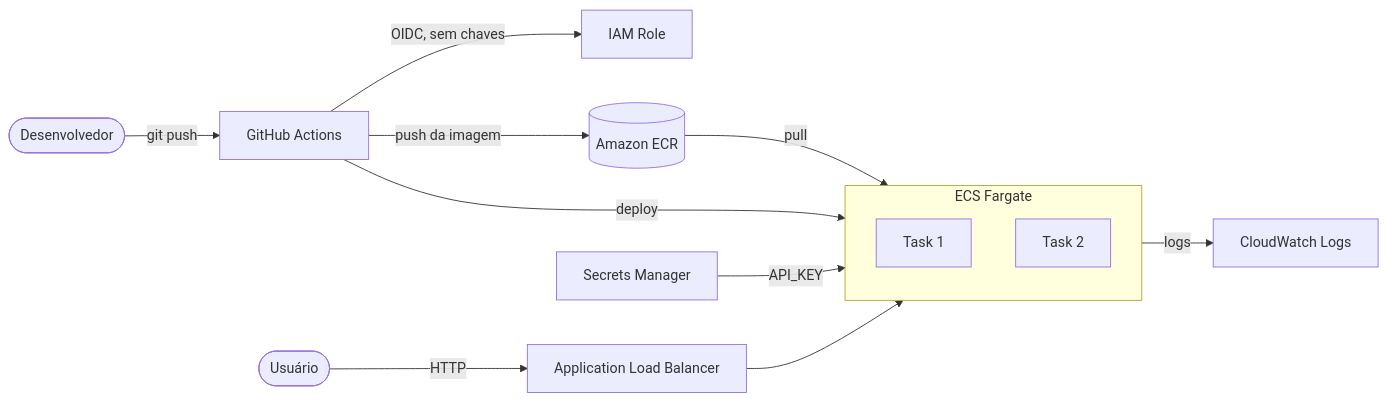
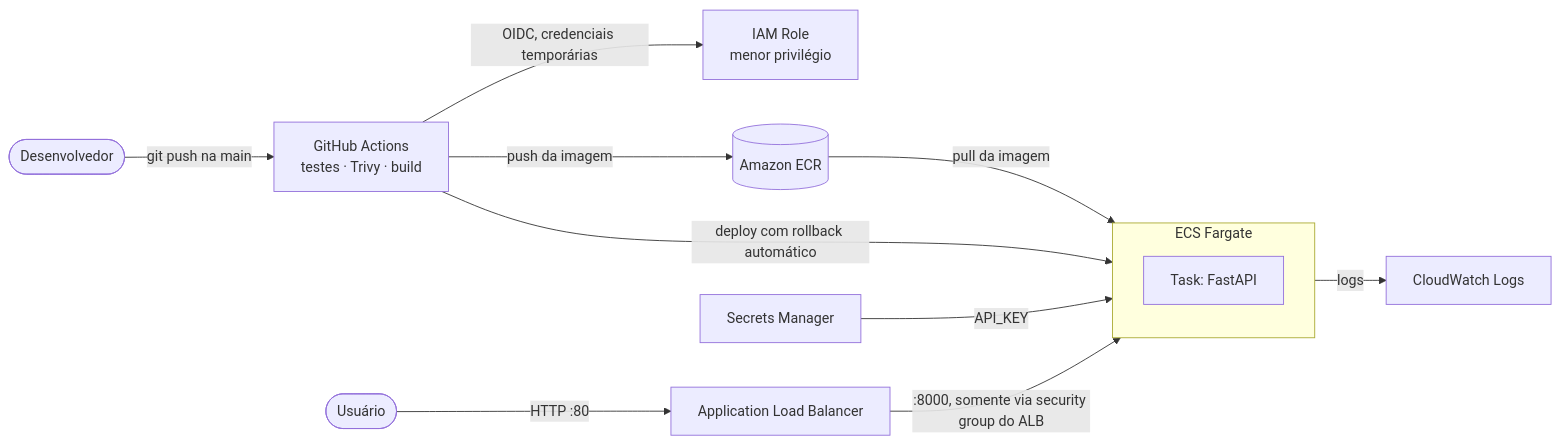
The diagram in README.md (Keven-Melo/ecs-fargate-cicd), drawn with Mermaid before and after one commit. The commit also changed other lines of this file and 9 other files, not shown here.

Commit message:
Adiciona README com evidências e corrige a documentação do OIDC

````diff
--- a/README.md
+++ b/README.md
@@ -10,19 +21,18 @@
 ```mermaid
 flowchart LR
-    dev([Desenvolvedor]) -->|git push| gh[GitHub Actions]
-    gh -->|OIDC, sem chaves| iam[IAM Role]
+    dev([Desenvolvedor]) -->|git push na main| gh["GitHub Actions<br/>testes · Trivy · build"]
+    gh -->|OIDC, credenciais temporárias| iam["IAM Role<br/>menor privilégio"]
     gh -->|push da imagem| ecr[(Amazon ECR)]
-    gh -->|deploy| ecs
+    gh -->|deploy com rollback automático| ecs
 
-    user([Usuário]) -->|HTTP| alb[Application Load Balancer]
-    alb --> ecs
+    user([Usuário]) -->|HTTP :80| alb[Application Load Balancer]
+    alb -->|":8000, somente via security group do ALB"| ecs
 
     subgraph ecs[ECS Fargate]
-        t1[Task 1]
-        t2[Task 2]
+        t1["Task: FastAPI"]
     end
 
-    ecr -->|pull| ecs
+    ecr -->|pull da imagem| ecs
     sm[Secrets Manager] -->|API_KEY| ecs
     ecs -->|logs| cw[CloudWatch Logs]
 ```
````
